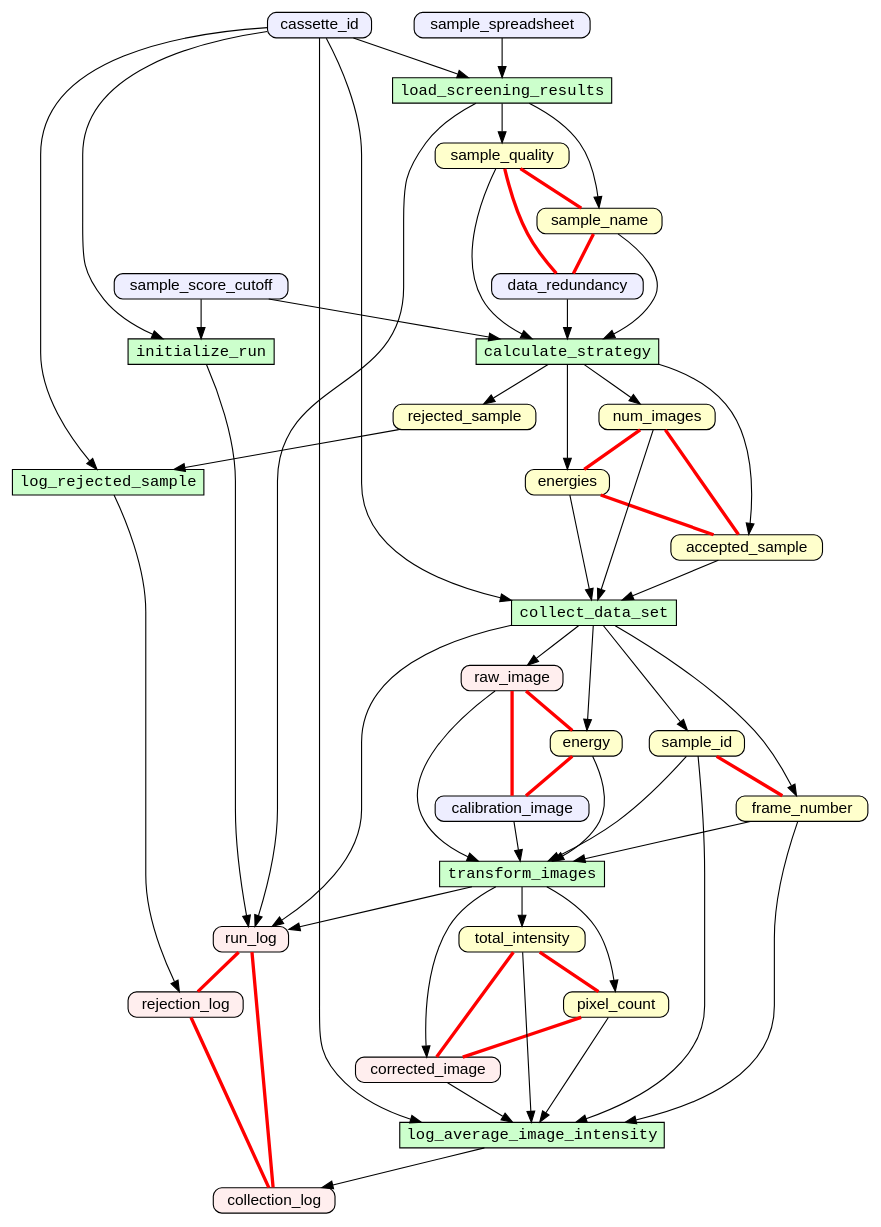
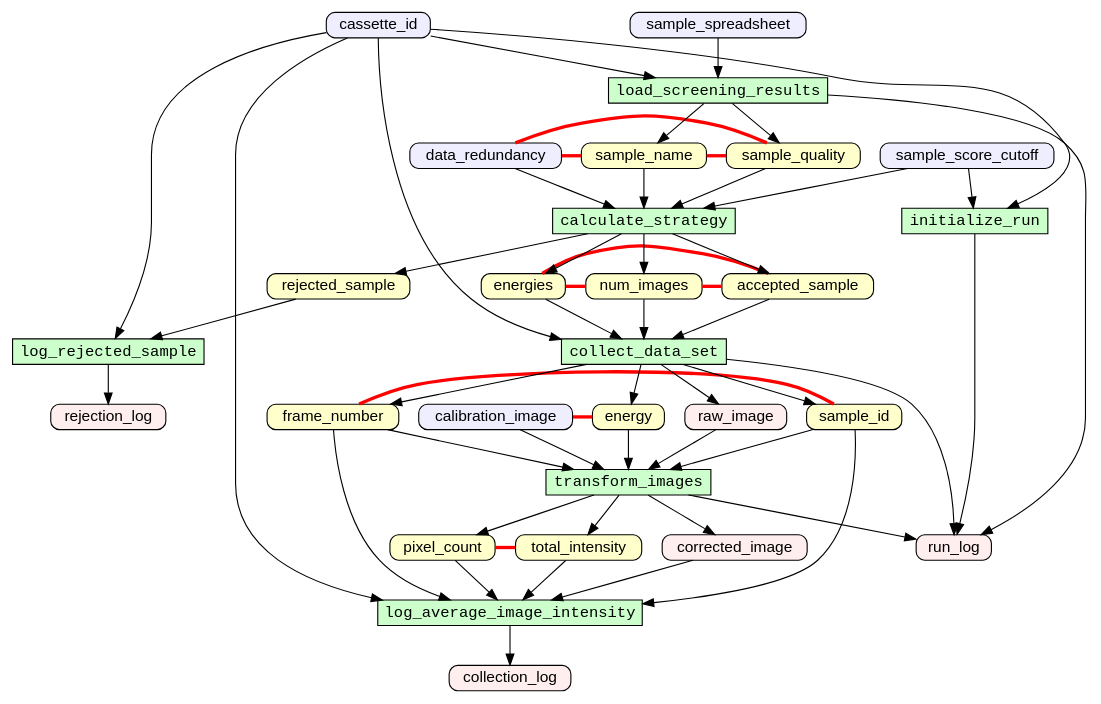
The diagram in toy-examples/examples/simulate_data_collection/g.gv (yesworkflow-org/yw-tapp-17-assert), drawn with Graphviz before and after one commit. The commit also changed 4 other files, not shown here.

Commit message:
simulate_data_collection DOWNeqv; single; no outputs

```diff
--- a/toy-examples/examples/simulate_data_collection/g.gv
+++ b/toy-examples/examples/simulate_data_collection/g.gv
@@ -1,93 +1,86 @@
 digraph {
 rankdir=TB
 node [shape=box,fontname=Helvetica,fontsize=14,height=0,width=0]
 edge [fontname=Helvetica,fontsize=12]
 "accepted_sample"[style="filled,rounded" fillcolor="#FFFFCC",label="accepted_sample"]
 "energies"[style="filled,rounded" fillcolor="#FFFFCC",label="energies"]
 "energy"[style="filled,rounded" fillcolor="#FFFFCC",label="energy"]
 "frame_number"[style="filled,rounded" fillcolor="#FFFFCC",label="frame_number"]
 "num_images"[style="filled,rounded" fillcolor="#FFFFCC",label="num_images"]
 "pixel_count"[style="filled,rounded" fillcolor="#FFFFCC",label="pixel_count"]
 "rejected_sample"[style="filled,rounded" fillcolor="#FFFFCC",label="rejected_sample"]
 "sample_id"[style="filled,rounded" fillcolor="#FFFFCC",label="sample_id"]
 "sample_name"[style="filled,rounded" fillcolor="#FFFFCC",label="sample_name"]
 "sample_quality"[style="filled,rounded" fillcolor="#FFFFCC",label="sample_quality"]
 "total_intensity"[style="filled,rounded" fillcolor="#FFFFCC",label="total_intensity"]
 "collection_log"[style="filled,rounded" fillcolor="#FFEEEE",label="collection_log"]
 "corrected_image"[style="filled,rounded" fillcolor="#FFEEEE",label="corrected_image"]
 "raw_image"[style="filled,rounded" fillcolor="#FFEEEE",label="raw_image"]
 "rejection_log"[style="filled,rounded" fillcolor="#FFEEEE",label="rejection_log"]
 "run_log"[style="filled,rounded" fillcolor="#FFEEEE",label="run_log"]
 "calibration_image"[style="filled,rounded" fillcolor="#EEEEFF",label="calibration_image"]
 "cassette_id"[style="filled,rounded" fillcolor="#EEEEFF",label="cassette_id"]
 "data_redundancy"[style="filled,rounded" fillcolor="#EEEEFF",label="data_redundancy"]
 "sample_score_cutoff"[style="filled,rounded" fillcolor="#EEEEFF",label="sample_score_cutoff"]
 "sample_spreadsheet"[style="filled,rounded" fillcolor="#EEEEFF",label="sample_spreadsheet"]
 "calculate_strategy"[style="filled" fontname=Courier fillcolor="#CCFFCC",label="calculate_strategy"]
 "collect_data_set"[style="filled" fontname=Courier fillcolor="#CCFFCC",label="collect_data_set"]
 "initialize_run"[style="filled" fontname=Courier fillcolor="#CCFFCC",label="initialize_run"]
 "load_screening_results"[style="filled" fontname=Courier fillcolor="#CCFFCC",label="load_screening_results"]
 "log_average_image_intensity"[style="filled" fontname=Courier fillcolor="#CCFFCC",label="log_average_image_intensity"]
 "log_rejected_sample"[style="filled" fontname=Courier fillcolor="#CCFFCC",label="log_rejected_sample"]
 "transform_images"[style="filled" fontname=Courier fillcolor="#CCFFCC",label="transform_images"]
 accepted_sample -> collect_data_set [color="#000000"]
 calculate_strategy -> accepted_sample [color="#000000"]
 calculate_strategy -> energies [color="#000000"]
 calculate_strategy -> num_images [color="#000000"]
 calculate_strategy -> rejected_sample [color="#000000"]
 calibration_image -> transform_images [color="#000000"]
 cassette_id -> collect_data_set [color="#000000"]
 cassette_id -> initialize_run [color="#000000"]
 cassette_id -> load_screening_results [color="#000000"]
 cassette_id -> log_average_image_intensity [color="#000000"]
 cassette_id -> log_rejected_sample [color="#000000"]
 collect_data_set -> energy [color="#000000"]
 collect_data_set -> frame_number [color="#000000"]
 collect_data_set -> raw_image [color="#000000"]
 collect_data_set -> run_log [color="#000000"]
 collect_data_set -> sample_id [color="#000000"]
 corrected_image -> log_average_image_intensity [color="#000000"]
 data_redundancy -> calculate_strategy [color="#000000"]
 energies -> collect_data_set [color="#000000"]
 energy -> transform_images [color="#000000"]
 frame_number -> log_average_image_intensity [color="#000000"]
 frame_number -> transform_images [color="#000000"]
 initialize_run -> run_log [color="#000000"]
 load_screening_results -> run_log [color="#000000"]
 load_screening_results -> sample_name [color="#000000"]
 load_screening_results -> sample_quality [color="#000000"]
 log_average_image_intensity -> collection_log [color="#000000"]
 log_rejected_sample -> rejection_log [color="#000000"]
 num_images -> collect_data_set [color="#000000"]
 pixel_count -> log_average_image_intensity [color="#000000"]
 raw_image -> transform_images [color="#000000"]
 rejected_sample -> log_rejected_sample [color="#000000"]
 sample_id -> log_average_image_intensity [color="#000000"]
 sample_id -> transform_images [color="#000000"]
 sample_name -> calculate_strategy [color="#000000"]
 sample_quality -> calculate_strategy [color="#000000"]
 sample_score_cutoff -> calculate_strategy [color="#000000"]
 sample_score_cutoff -> initialize_run [color="#000000"]
 sample_spreadsheet -> load_screening_results [color="#000000"]
 total_intensity -> log_average_image_intensity [color="#000000"]
 transform_images -> corrected_image [color="#000000"]
 transform_images -> pixel_count [color="#000000"]
 transform_images -> run_log [color="#000000"]
 transform_images -> total_intensity [color="#000000"]
-energies -> accepted_sample [constraint=true color="#FF0000" dir=none penwidth=3]
-energy -> calibration_image [constraint=true color="#FF0000" dir=none penwidth=3]
-num_images -> accepted_sample [constraint=true color="#FF0000" dir=none penwidth=3]
-num_images -> energies [constraint=true color="#FF0000" dir=none penwidth=3]
-pixel_count -> corrected_image [constraint=true color="#FF0000" dir=none penwidth=3]
-raw_image -> calibration_image [constraint=true color="#FF0000" dir=none penwidth=3]
-raw_image -> energy [constraint=true color="#FF0000" dir=none penwidth=3]
-rejection_log -> collection_log [constraint=true color="#FF0000" dir=none penwidth=3]
-run_log -> collection_log [constraint=true color="#FF0000" dir=none penwidth=3]
-run_log -> rejection_log [constraint=true color="#FF0000" dir=none penwidth=3]
-sample_id -> frame_number [constraint=true color="#FF0000" dir=none penwidth=3]
-sample_name -> data_redundancy [constraint=true color="#FF0000" dir=none penwidth=3]
-sample_quality -> data_redundancy [constraint=true color="#FF0000" dir=none penwidth=3]
-sample_quality -> sample_name [constraint=true color="#FF0000" dir=none penwidth=3]
-total_intensity -> corrected_image [constraint=true color="#FF0000" dir=none penwidth=3]
-total_intensity -> pixel_count [constraint=true color="#FF0000" dir=none penwidth=3]
+energies -> accepted_sample [constraint=false color="#FF0000" dir=none penwidth=3]
+energy -> calibration_image [constraint=false color="#FF0000" dir=none penwidth=3]
+num_images -> accepted_sample [constraint=false color="#FF0000" dir=none penwidth=3]
+num_images -> energies [constraint=false color="#FF0000" dir=none penwidth=3]
+sample_id -> frame_number [constraint=false color="#FF0000" dir=none penwidth=3]
+sample_name -> data_redundancy [constraint=false color="#FF0000" dir=none penwidth=3]
+sample_quality -> data_redundancy [constraint=false color="#FF0000" dir=none penwidth=3]
+sample_quality -> sample_name [constraint=false color="#FF0000" dir=none penwidth=3]
+total_intensity -> pixel_count [constraint=false color="#FF0000" dir=none penwidth=3]
 }
```
